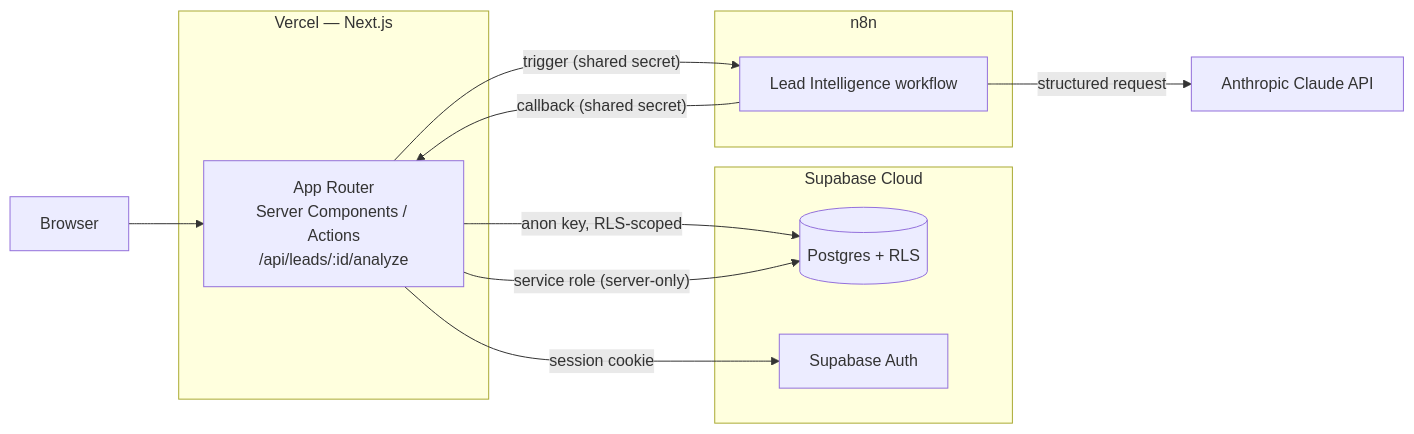
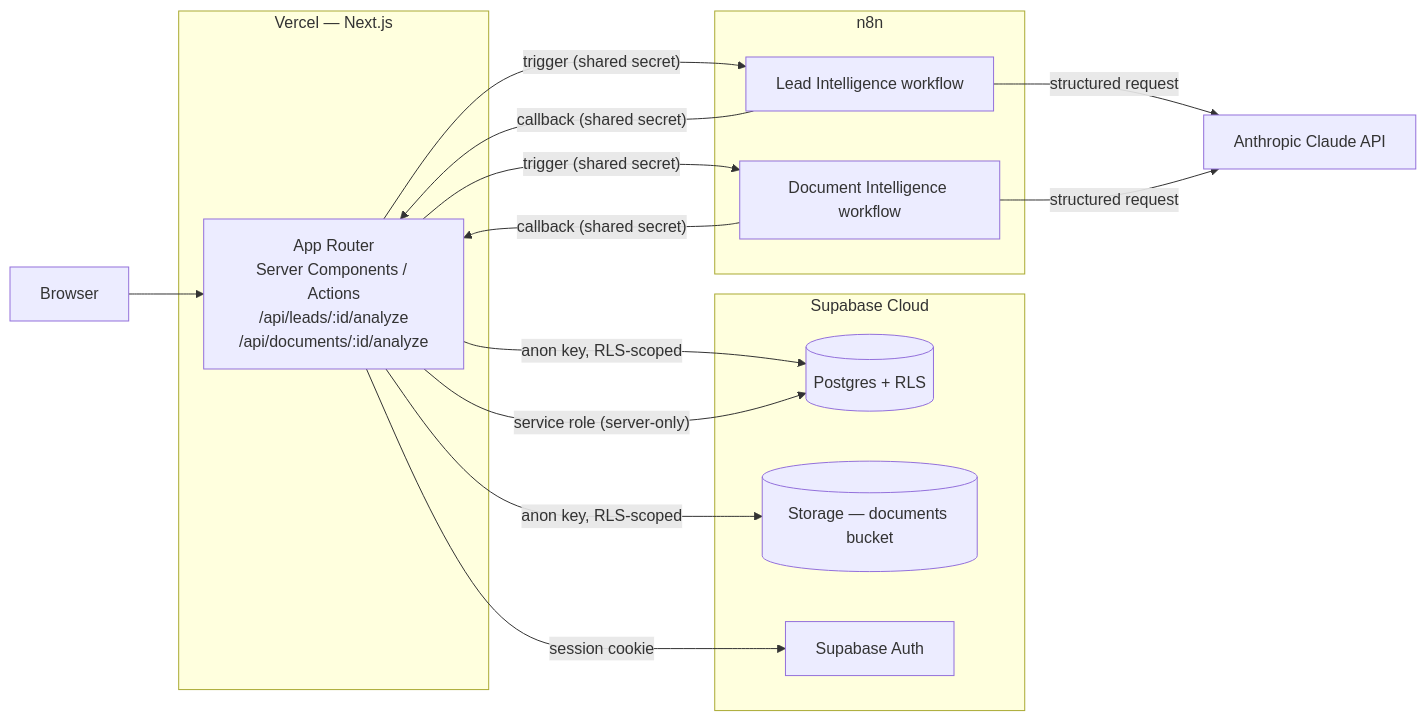
The diagram in README.md (daisymilan/opspilot-ai-automation), drawn with Mermaid before and after one commit. The commit also changed other lines of this file and 2 other files, not shown here.

First line of the commit message:
docs: add document-intelligence.md, update architecture/README for Phase 5

````diff
--- a/README.md
+++ b/README.md
@@ -45,27 +46,33 @@
 ```mermaid
 flowchart LR
     Browser["Browser"]
 
     subgraph Vercel["Vercel — Next.js"]
-        App["App Router\nServer Components / Actions\n/api/leads/:id/analyze"]
+        App["App Router\nServer Components / Actions\n/api/leads/:id/analyze\n/api/documents/:id/analyze"]
     end
 
     subgraph Supabase["Supabase Cloud"]
         DB[("Postgres + RLS")]
+        Storage[("Storage — documents bucket")]
         Auth["Supabase Auth"]
     end
 
     subgraph N8N["n8n"]
         WF["Lead Intelligence workflow"]
+        WF2["Document Intelligence workflow"]
     end
 
     Claude["Anthropic Claude API"]
 
     Browser --> App
     App -- "anon key, RLS-scoped" --> DB
+    App -- "anon key, RLS-scoped" --> Storage
     App -- "session cookie" --> Auth
     App -- "service role (server-only)" --> DB
     App -- "trigger (shared secret)" --> WF
+    App -- "trigger (shared secret)" --> WF2
     WF -- "callback (shared secret)" --> App
+    WF2 -- "callback (shared secret)" --> App
     WF -- "structured request" --> Claude
+    WF2 -- "structured request" --> Claude
 ```
````
